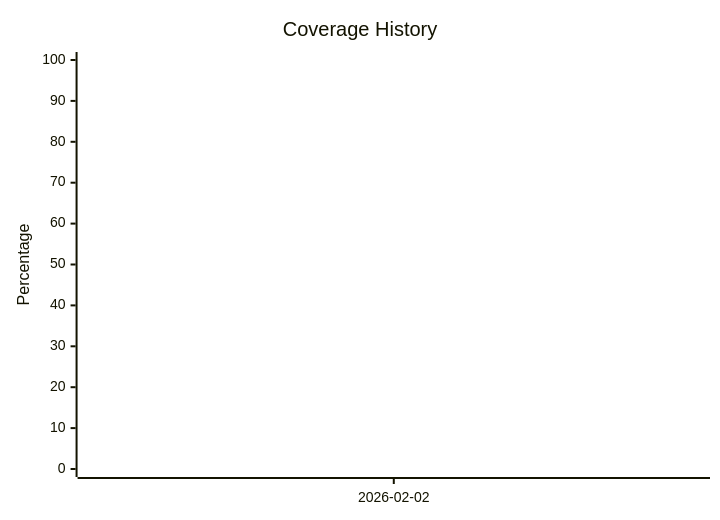
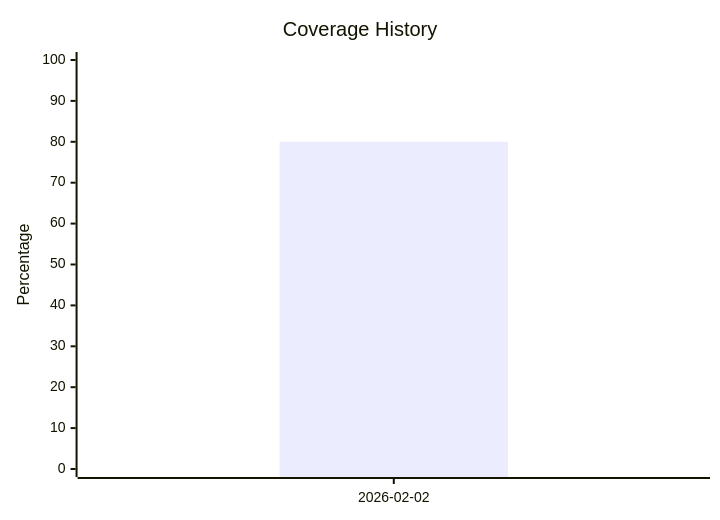
The diagram in TEST_README.md (lguibr/cocov), drawn with Mermaid before and after one commit. The commit also changed 41 other files, not shown here.

````diff
--- a/TEST_README.md
+++ b/TEST_README.md
@@ -17,10 +17,10 @@
 ```mermaid
 ---
 title: Coverage Trend (Lines %)
 ---
 xychart-beta
     title "Coverage History"
     x-axis [2026-02-02]
     y-axis "Percentage" 0 --> 100
-    line [80]
+    bar [80]
 ```
````
